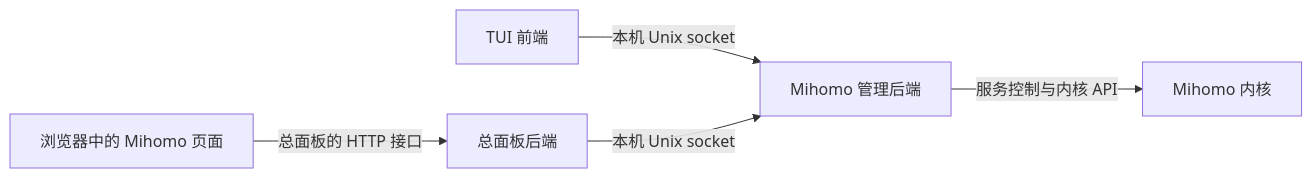
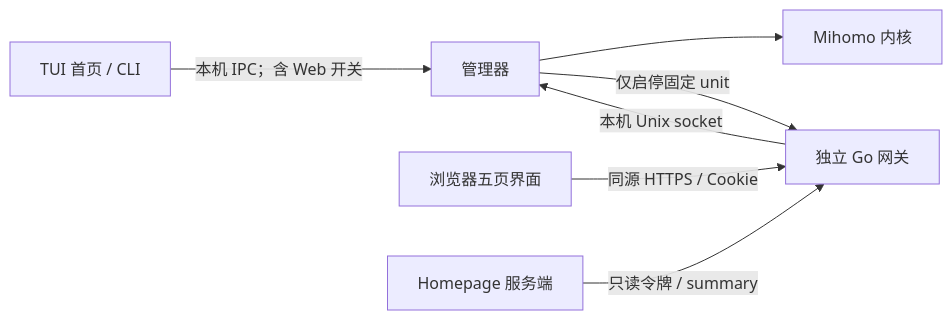
One commit to MilkDrag0n/mihomo-loongnix changed the diagram in docs/WEB_INTEGRATION.zh-CN.md. Above: the diagram before and after it, drawn with Mermaid. The commit also changed other lines of this file and 53 other files, not shown here.

````diff
--- a/docs/WEB_INTEGRATION.zh-CN.md
+++ b/docs/WEB_INTEGRATION.zh-CN.md
@@ -9,7 +5,9 @@
 ```mermaid
 flowchart LR
-    TUI[TUI 前端] -->|本机 Unix socket| Manager[Mihomo 管理后端]
-    Browser[浏览器中的 Mihomo 页面] -->|总面板的 HTTP 接口| Panel[总面板后端]
-    Panel -->|本机 Unix socket| Manager
-    Manager -->|服务控制与内核 API| Core[Mihomo 内核]
+  TUI[TUI 首页 / CLI] -->|本机 IPC；含 Web 开关| Manager[管理器]
+  Browser[浏览器五页界面] -->|同源 HTTPS / Cookie| Web[独立 Go 网关]
+  Homepage[Homepage 服务端] -->|只读令牌 / summary| Web
+  Web -->|本机 Unix socket| Manager
+  Manager --> Core[Mihomo 内核]
+  Manager -->|仅启停固定 unit| Web
 ```
````
